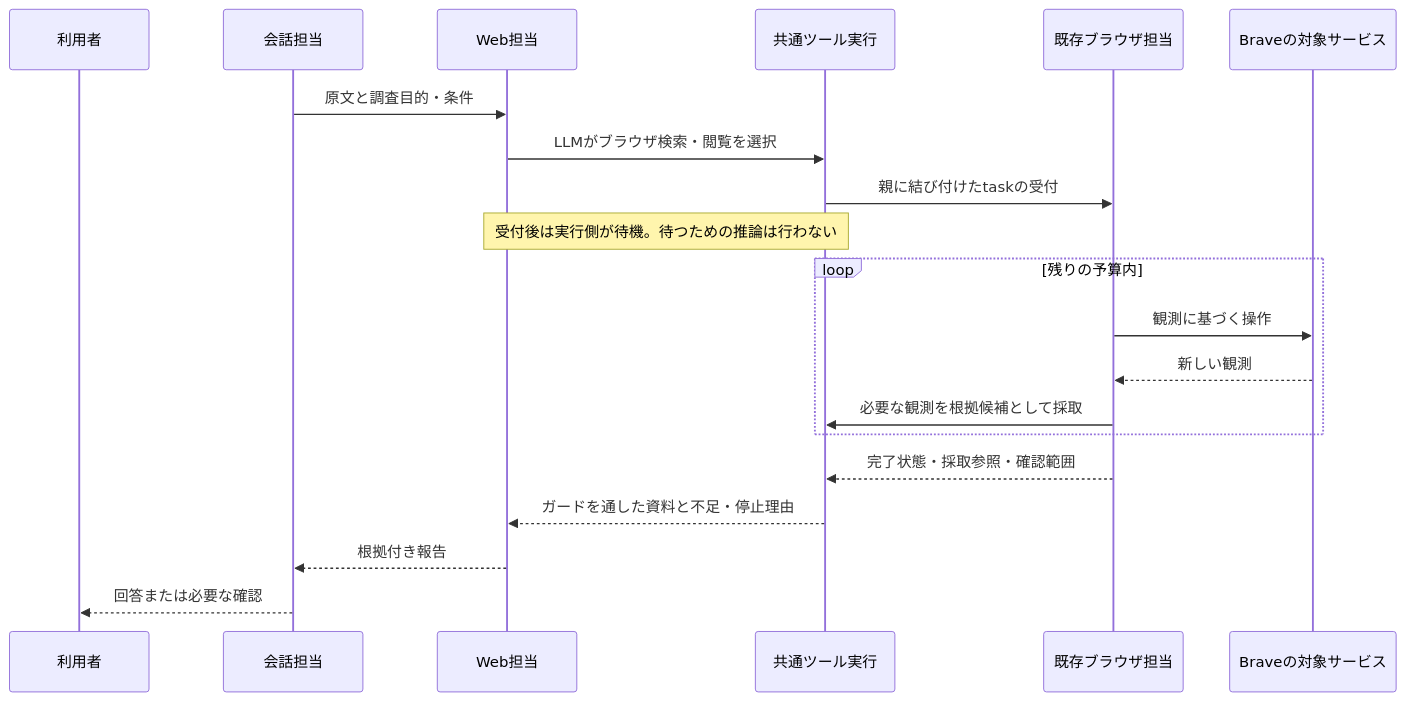
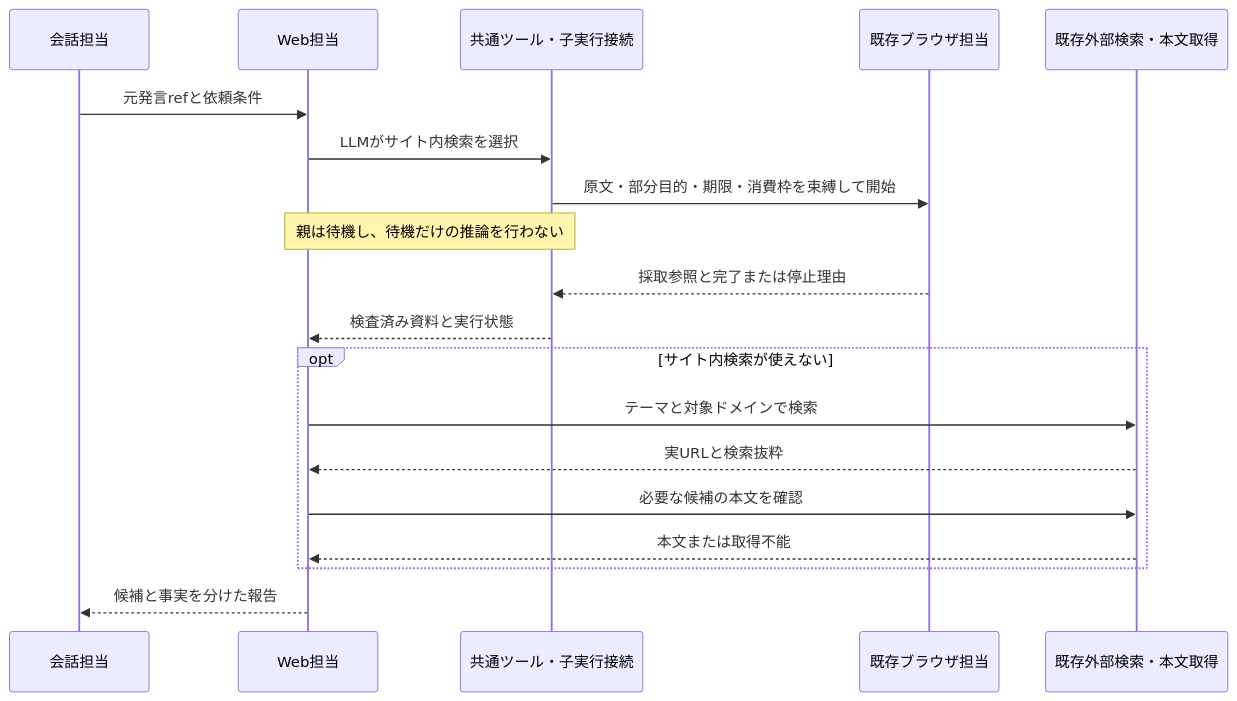
The diagram in spec/browser-service-search-design-2026-10-21.md (ugnoguchigxp/eumenes), drawn with Mermaid before and after one commit. The commit also changed other lines of this file and 283 other files, not shown here.

````diff
--- a/spec/browser-service-search-design-2026-10-21.md
+++ b/spec/browser-service-search-design-2026-10-21.md
@@ -58,22 +68,21 @@
 ```mermaid
 sequenceDiagram
-    participant U as 利用者
     participant C as 会話担当
     participant W as Web担当
-    participant T as 共通ツール実行
+    participant T as 共通ツール・子実行接続
     participant B as 既存ブラウザ担当
-    participant P as Braveの対象サービス
-    C->>W: 原文と調査目的・条件
-    W->>T: LLMがブラウザ検索・閲覧を選択
-    T->>B: 親に結び付けたtaskの受付
-    Note over W,T: 受付後は実行側が待機。待つための推論は行わない
-    loop 残りの予算内
-        B->>P: 観測に基づく操作
-        P-->>B: 新しい観測
-        B->>T: 必要な観測を根拠候補として採取
+    participant E as 既存外部検索・本文取得
+    C->>W: 元発言refと依頼条件
+    W->>T: LLMがサイト内検索を選択
+    T->>B: 原文・部分目的・期限・消費枠を束縛して開始
+    Note over W,T: 親は待機し、待機だけの推論を行わない
+    B-->>T: 採取参照と完了または停止理由
+    T-->>W: 検査済み資料と実行状態
+    opt サイト内検索が使えない
+        W->>E: テーマと対象ドメインで検索
+        E-->>W: 実URLと検索抜粋
+        W->>E: 必要な候補の本文を確認
+        E-->>W: 本文または取得不能
     end
-    B-->>T: 完了状態・採取参照・確認範囲
-    T-->>W: ガードを通した資料と不足・停止理由
-    W-->>C: 根拠付き報告
-    C-->>U: 回答または必要な確認
+    W-->>C: 候補と事実を分けた報告
 ```
````
